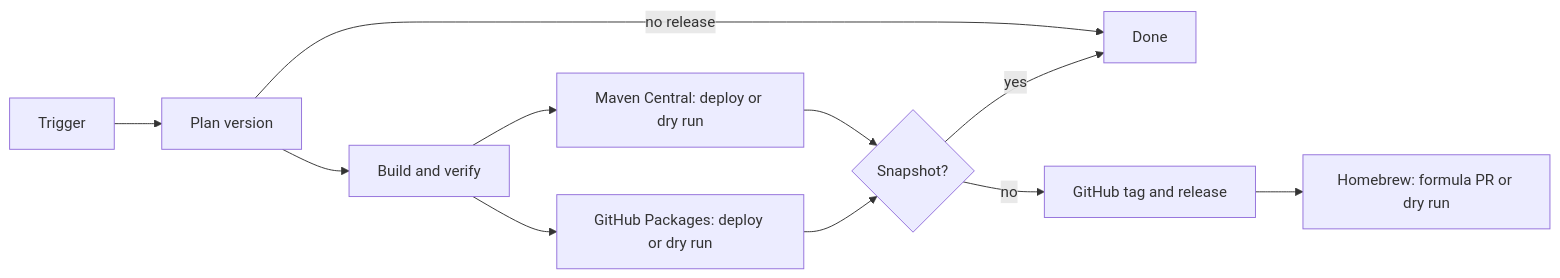
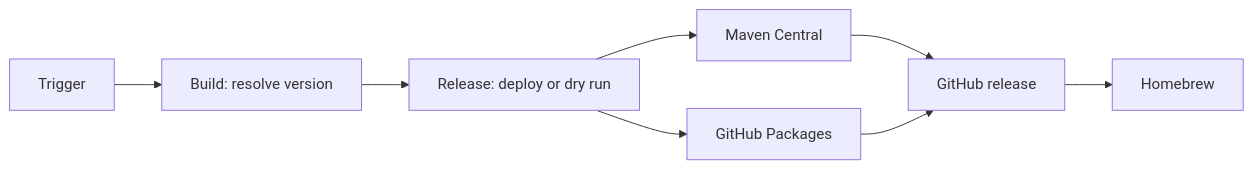
The diagram in JAVA_CI_CD.md (YunaBraska/YunaBraska), drawn with Mermaid before and after one commit. The commit also changed other lines of this file, not shown here.

Commit message:
docs: clarify Java CI/CD flow

````diff
--- a/JAVA_CI_CD.md
+++ b/JAVA_CI_CD.md
@@ -5,13 +5,10 @@
 ```mermaid
 flowchart LR
-  A[Trigger] --> B[Plan version]
-  B -->|no release| X[Done]
-  B --> C[Build and verify]
-  C --> D[Maven Central: deploy or dry run]
-  C --> E[GitHub Packages: deploy or dry run]
-  D --> F{Snapshot?}
+  A[Trigger] --> B[Build: resolve version]
+  B --> C[Release: deploy or dry run]
+  C --> D[Maven Central]
+  C --> E[GitHub Packages]
+  D --> F[GitHub release]
   E --> F
-  F -->|yes| X
-  F -->|no| G[GitHub tag and release]
-  G --> H[Homebrew: formula PR or dry run]
+  F --> G[Homebrew]
 ```
````
